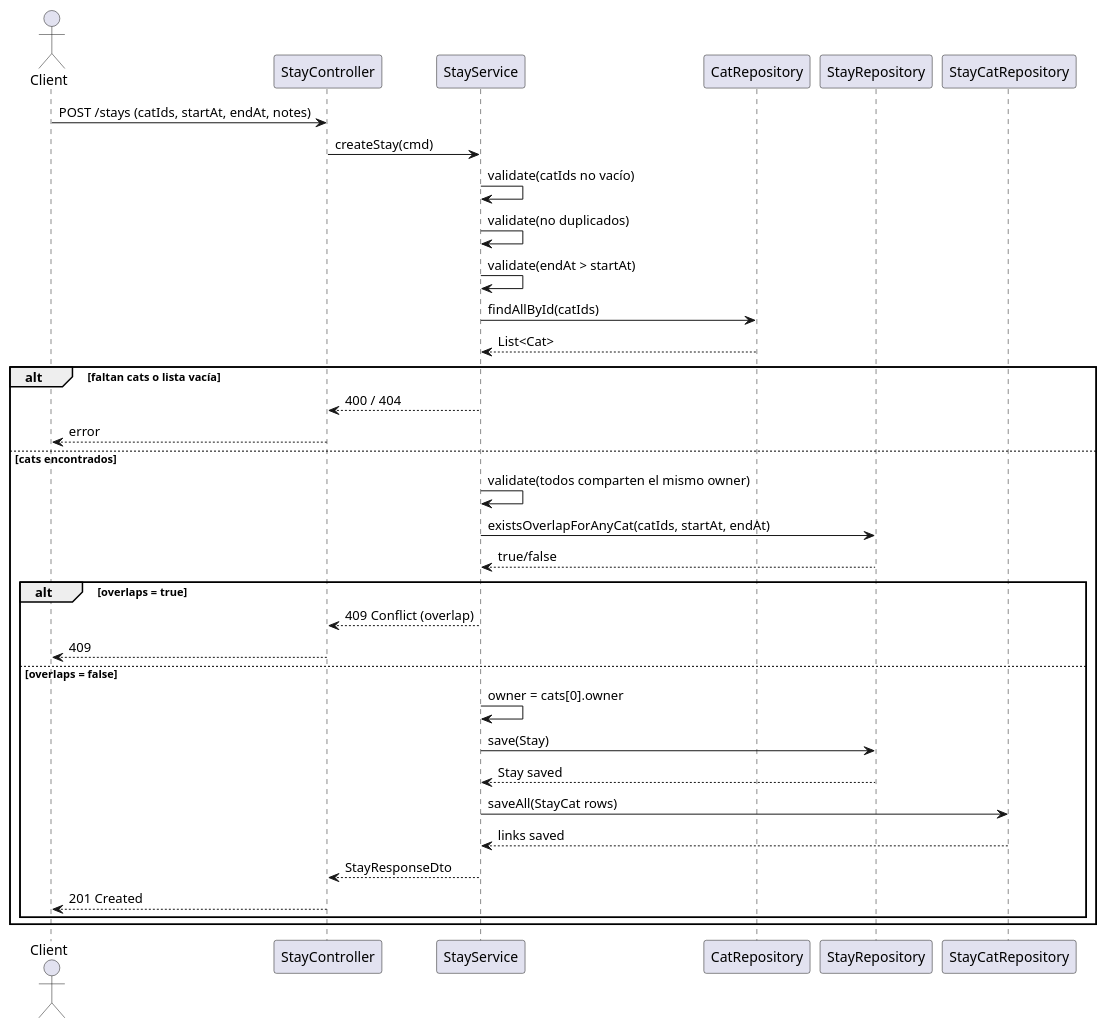
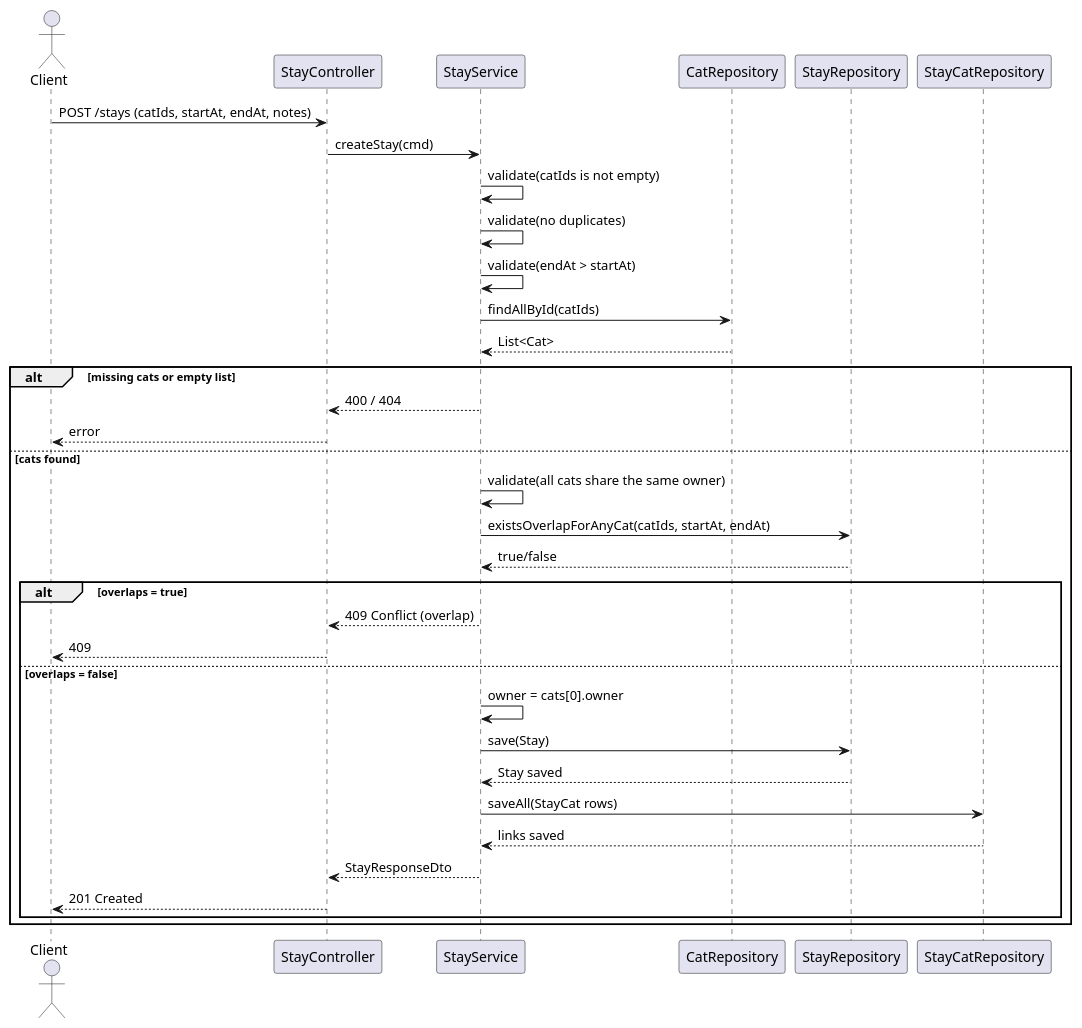
Before and after one commit to TheZenithPassage/catworld: the diagram in docs/uml/04-sequence-create-stay.puml, drawn with PlantUML. The commit also changed 9 other files, not shown here.

```diff
--- a/docs/uml/04-sequence-create-stay.puml
+++ b/docs/uml/04-sequence-create-stay.puml
@@ -1,40 +1,40 @@
 @startuml
 actor Client as client
 participant "StayController" as controller
 participant "StayService" as service
 participant "CatRepository" as catRepo
 participant "StayRepository" as stayRepo
 participant "StayCatRepository" as stayCatRepo
 
 client -> controller: POST /stays (catIds, startAt, endAt, notes)
 controller -> service: createStay(cmd)
 
-service -> service: validate(catIds no vacío)
-service -> service: validate(no duplicados)
+service -> service: validate(catIds is not empty)
+service -> service: validate(no duplicates)
 service -> service: validate(endAt > startAt)
 service -> catRepo: findAllById(catIds)
 catRepo --> service: List<Cat>
 
-alt faltan cats o lista vacía
+alt missing cats or empty list
   service --> controller: 400 / 404
   controller --> client: error
-else cats encontrados
-  service -> service: validate(todos comparten el mismo owner)
+else cats found
+  service -> service: validate(all cats share the same owner)
   service -> stayRepo: existsOverlapForAnyCat(catIds, startAt, endAt)
   stayRepo --> service: true/false
 
   alt overlaps = true
     service --> controller: 409 Conflict (overlap)
     controller --> client: 409
   else overlaps = false
     service -> service: owner = cats[0].owner
     service -> stayRepo: save(Stay)
     stayRepo --> service: Stay saved
     service -> stayCatRepo: saveAll(StayCat rows)
     stayCatRepo --> service: links saved
     service --> controller: StayResponseDto
     controller --> client: 201 Created
   end
 end
 
 @enduml
```
